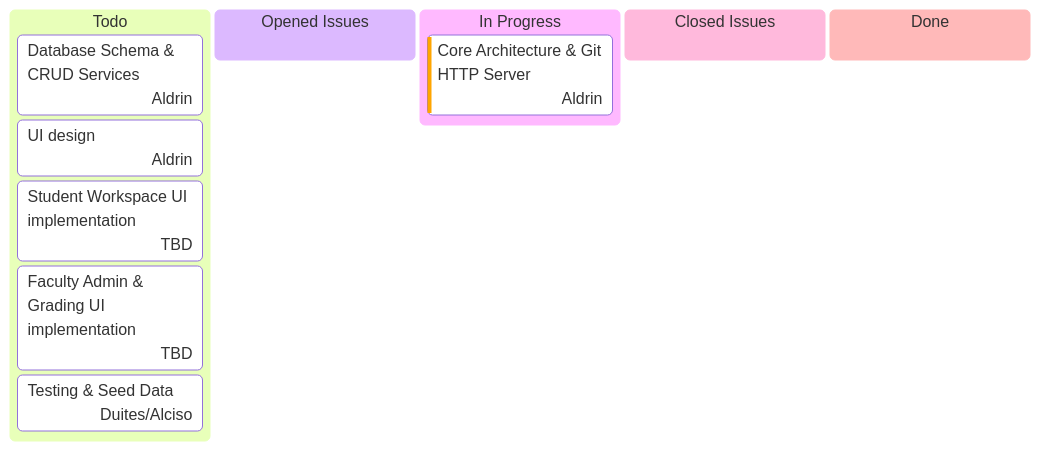
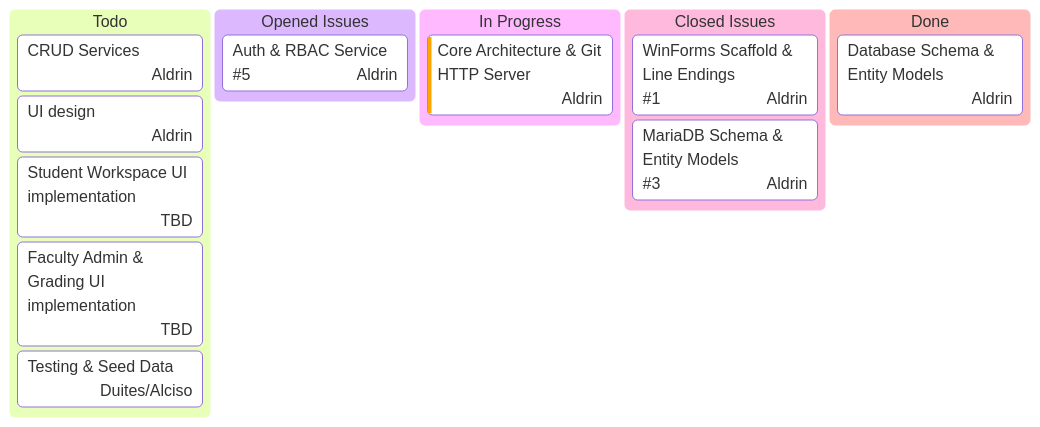
The diagram in README.md (frtzhahn/repo-vault), drawn with Mermaid before and after one commit. The commit also changed 5 other files, not shown here.

Commit message:
feat(core): add pbkdf2 auth & onboarding + rbac service

````diff
--- a/README.md
+++ b/README.md
@@ -34,15 +34,19 @@
 ```mermaid
 kanban
   [Todo]
-    [Database Schema & CRUD Services]@{ assigned: 'Aldrin'}
+    [CRUD Services]@{ assigned: 'Aldrin'}
     [UI design]@{ assigned: 'Aldrin'}
     [Student Workspace UI implementation]@{ assigned: 'TBD'}
     [Faculty Admin & Grading UI implementation]@{ assigned: 'TBD'}
     [Testing & Seed Data]@{ assigned: 'Duites/Alciso'}
   [Opened Issues]
+    [Auth & RBAC Service]@{ assigned: 'Aldrin', ticket: '#5' }
   [In Progress]
     [Core Architecture & Git HTTP Server]@{ assigned: 'Aldrin', priority: 'High'}
   [Closed Issues]
+    [WinForms Scaffold & Line Endings]@{ assigned: 'Aldrin', ticket: '#1' }
+    [MariaDB Schema & Entity Models]@{ assigned: 'Aldrin', ticket: '#3' }
   [Done]
+    [Database Schema & Entity Models]@{ assigned: 'Aldrin'}
 
 ```
````
